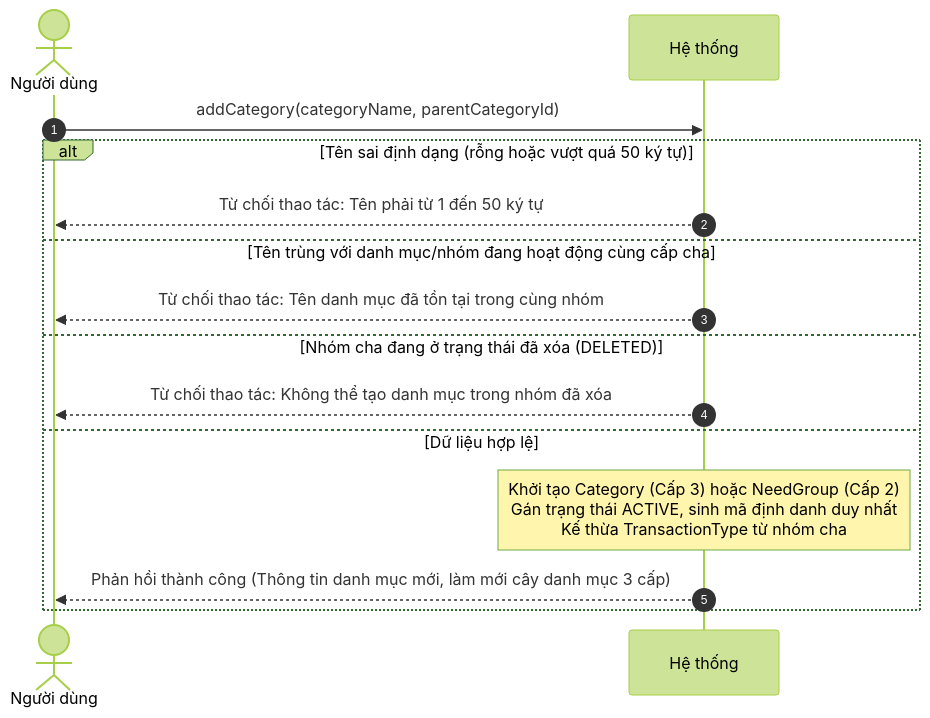
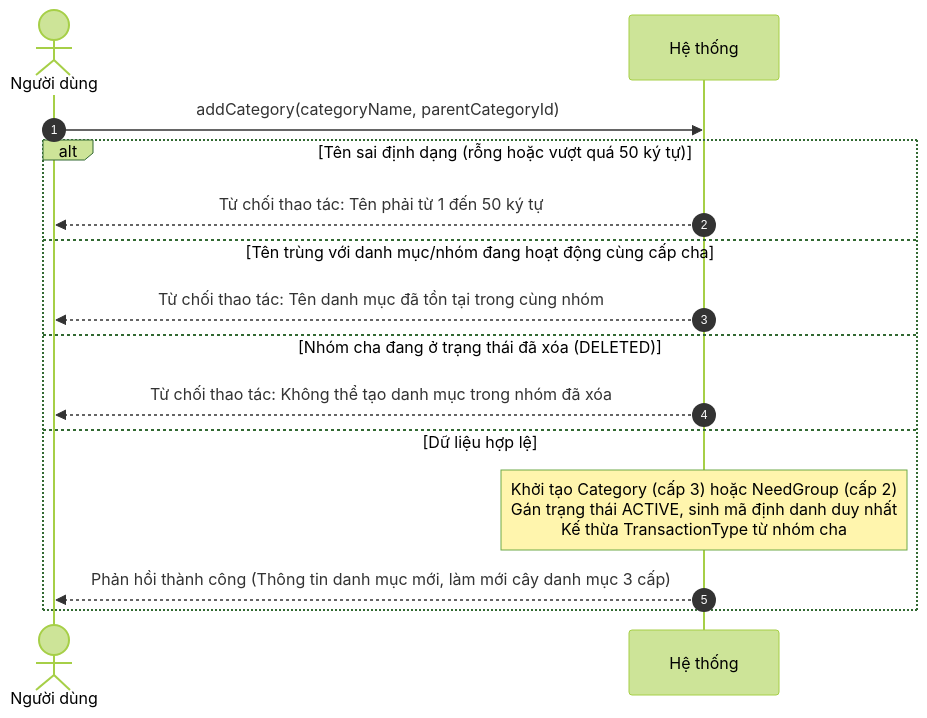
One commit to mynhleeh/pfms-oop changed diagram 12 of 20 in docs/object-oriented-analysis/03-so-do-tuan-tu-he-thong-ssd.md. Above: the diagram before and after it, drawn with Mermaid (forest theme). The commit also changed other lines of this file and 7 other files, not shown here.

````diff
--- a/docs/object-oriented-analysis/03-so-do-tuan-tu-he-thong-ssd.md
+++ b/docs/object-oriented-analysis/03-so-do-tuan-tu-he-thong-ssd.md
@@ -487,18 +483,18 @@
 ```mermaid
 sequenceDiagram
     autonumber
     actor User as Người dùng
     participant System as Hệ thống
 
     User->>System: addCategory(categoryName, parentCategoryId)
     alt Tên sai định dạng (rỗng hoặc vượt quá 50 ký tự)
         System-->>User: Từ chối thao tác: Tên phải từ 1 đến 50 ký tự
     else Tên trùng với danh mục/nhóm đang hoạt động cùng cấp cha
         System-->>User: Từ chối thao tác: Tên danh mục đã tồn tại trong cùng nhóm
     else Nhóm cha đang ở trạng thái đã xóa (DELETED)
         System-->>User: Từ chối thao tác: Không thể tạo danh mục trong nhóm đã xóa
     else Dữ liệu hợp lệ
-        Note over System: Khởi tạo Category (Cấp 3) hoặc NeedGroup (Cấp 2)<br/>Gán trạng thái ACTIVE, sinh mã định danh duy nhất<br/>Kế thừa TransactionType từ nhóm cha
+        Note over System: Khởi tạo Category (cấp 3) hoặc NeedGroup (cấp 2)<br/>Gán trạng thái ACTIVE, sinh mã định danh duy nhất<br/>Kế thừa TransactionType từ nhóm cha
         System-->>User: Phản hồi thành công (Thông tin danh mục mới, làm mới cây danh mục 3 cấp)
     end
 ```
````
